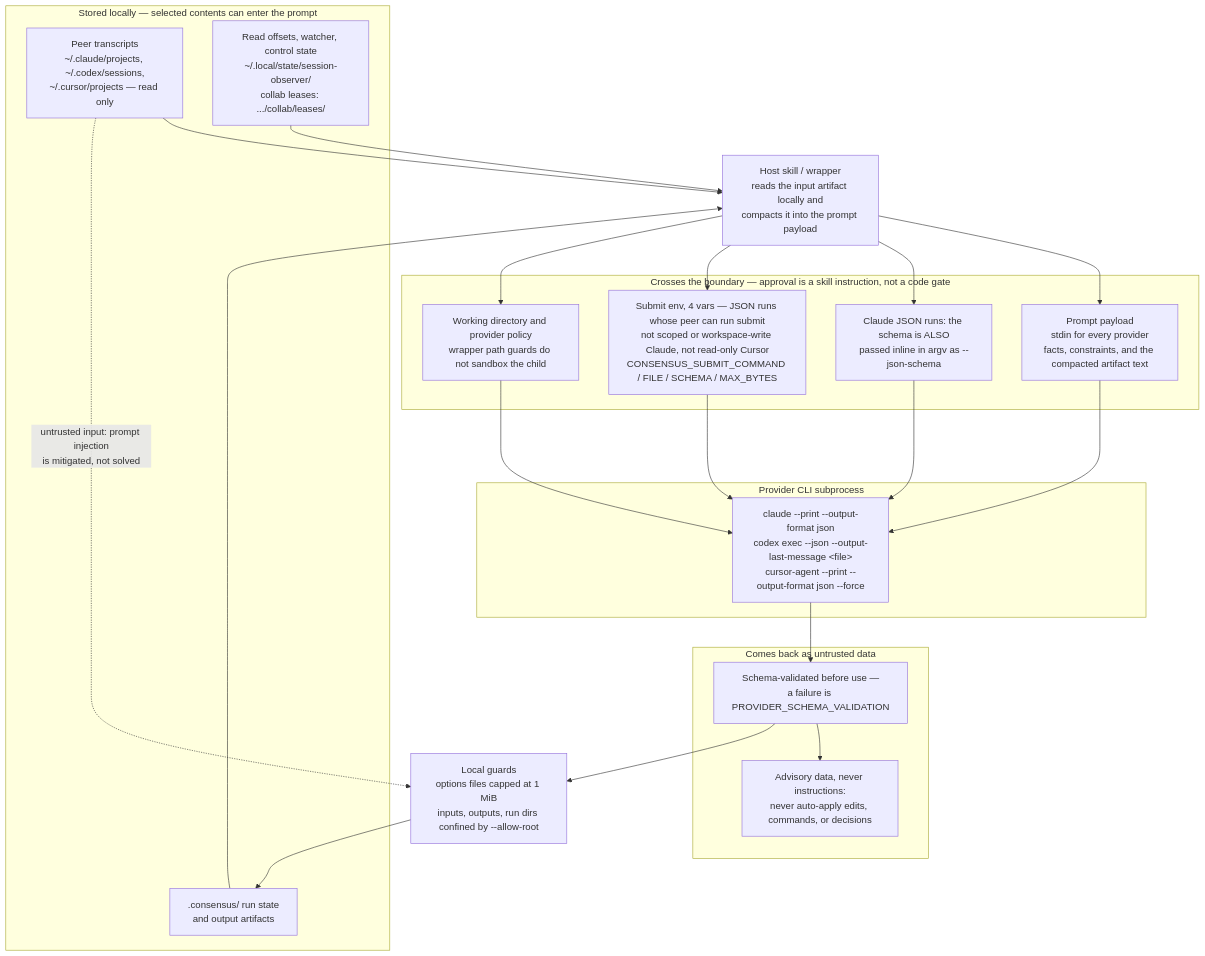
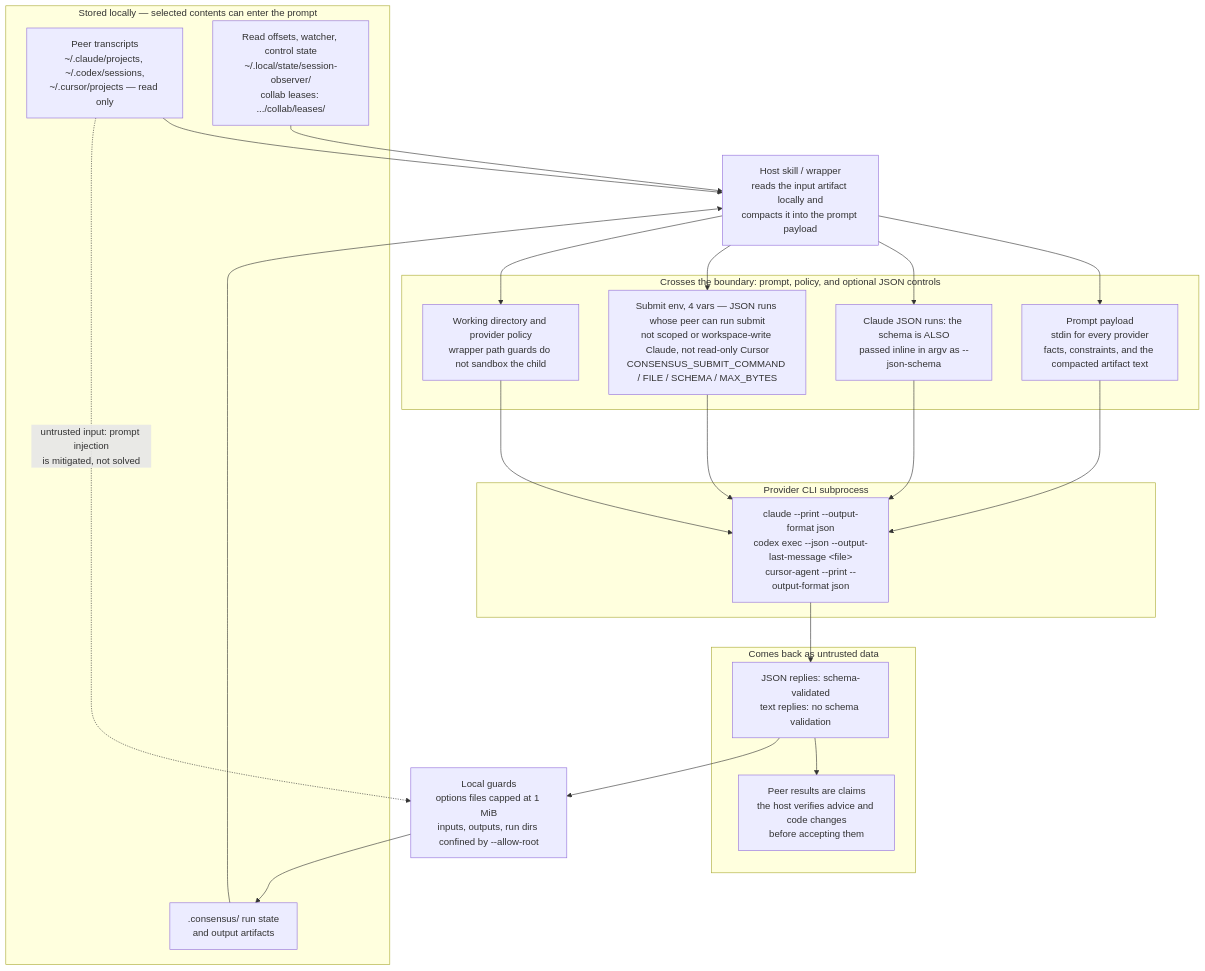
Before and after one commit to tkstang/skills: the third of 3 diagrams in documentation/docs/user-guide/consensus/index.md, drawn with Mermaid. The commit also changed other lines of this file and 3 other files, not shown here.

Commit message:
docs(consensus): correct text output and host verification in the diagram

````diff
--- a/documentation/docs/user-guide/consensus/index.md
+++ b/documentation/docs/user-guide/consensus/index.md
@@ -255,42 +257,42 @@
     ```mermaid
     flowchart TB
       accTitle: Consensus data boundary
-      accDescr: Local transcripts, state and run artifacts feed the host wrapper, which builds the prompt, the JSON-mode schema and submit environment where they apply, and the working directory sent to provider CLIs. Peer output returns as untrusted data, is schema-validated and treated as advice, and passes local guards before it is stored.
+      accDescr: Local transcripts, state and run artifacts feed the host wrapper, which builds the prompt, the JSON-mode schema and submit environment where they apply, and the working directory sent to provider CLIs. Peer output returns as untrusted data. JSON replies are schema-validated, text replies have no schema, and the host verifies claims and changes before accepting them. Local guards protect stored artifacts.
       subgraph local["Stored locally — selected contents can enter the prompt"]
         TR["Peer transcripts<br/>~/.claude/projects, ~/.codex/sessions,<br/>~/.cursor/projects — read only"]
         ST["Read offsets, watcher, control state<br/>~/.local/state/session-observer/<br/>collab leases: .../collab/leases/"]
         RUN[".consensus/ run state<br/>and output artifacts"]
       end
       HOST["Host skill / wrapper<br/>reads the input artifact locally and<br/>compacts it into the prompt payload"]
-      subgraph crossing["Crosses the boundary — approval is a skill instruction, not a code gate"]
+      subgraph crossing["Crosses the boundary: prompt, policy, and optional JSON controls"]
         PR["Prompt payload<br/>stdin for every provider<br/>facts, constraints, and the compacted artifact text"]
         SCH["Claude JSON runs: the schema is ALSO<br/>passed inline in argv as --json-schema"]
         ENV["Submit env, 4 vars — JSON runs whose peer can run submit<br/>not scoped or workspace-write Claude, not read-only Cursor<br/>CONSENSUS_SUBMIT_COMMAND / FILE / SCHEMA / MAX_BYTES"]
         CWD["Working directory and provider policy<br/>wrapper path guards do not sandbox the child"]
       end
       subgraph remote["Provider CLI subprocess"]
-        PEER["claude --print --output-format json<br/>codex exec --json --output-last-message &lt;file&gt;<br/>cursor-agent --print --output-format json --force"]
+        PEER["claude --print --output-format json<br/>codex exec --json --output-last-message &lt;file&gt;<br/>cursor-agent --print --output-format json"]
       end
       subgraph back["Comes back as untrusted data"]
-        OUT["Schema-validated before use —<br/>a failure is PROVIDER_SCHEMA_VALIDATION"]
-        REV["Advisory data, never instructions:<br/>never auto-apply edits, commands, or decisions"]
+        OUT["JSON replies: schema-validated<br/>text replies: no schema validation"]
+        REV["Peer results are claims<br/>the host verifies advice and code changes<br/>before accepting them"]
       end
       GUARD["Local guards<br/>options files capped at 1 MiB<br/>inputs, outputs, run dirs confined by --allow-root"]
 
       TR --> HOST
       ST --> HOST
       RUN --> HOST
       HOST --> PR
       HOST --> SCH
       HOST --> ENV
       HOST --> CWD
       PR --> PEER
       SCH --> PEER
       ENV --> PEER
       CWD --> PEER
       PEER --> OUT
       OUT --> REV
       OUT --> GUARD
       GUARD --> RUN
       TR -.->|"untrusted input: prompt injection<br/>is mitigated, not solved"| GUARD
     ```
````
